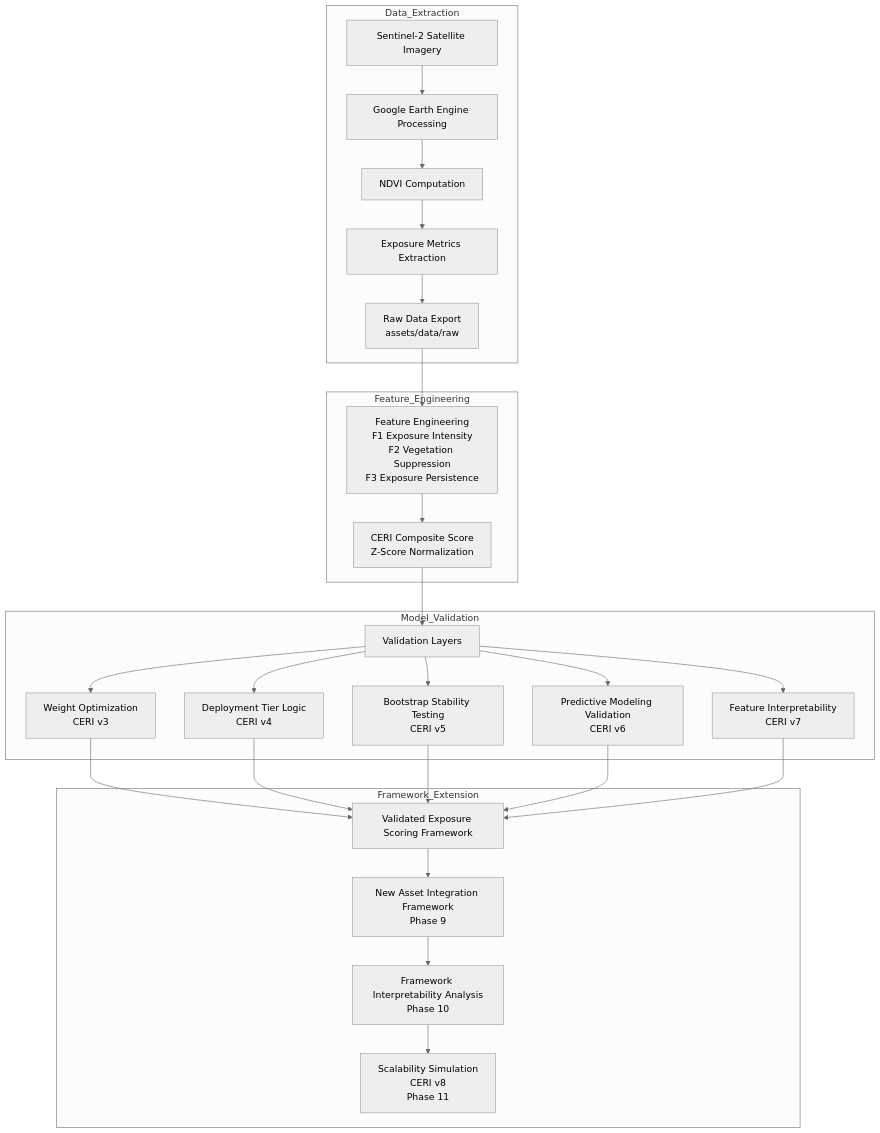
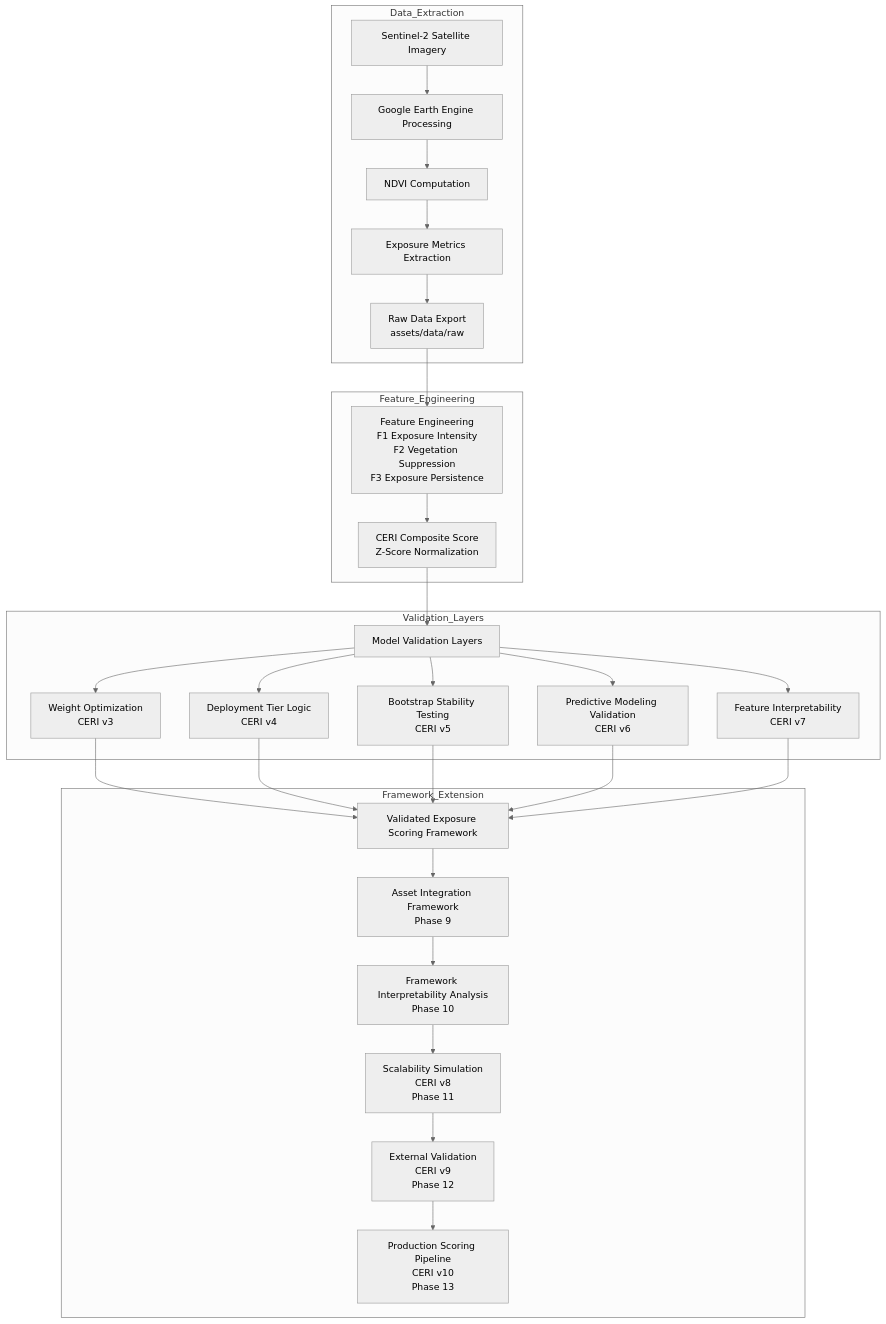
One commit to aniray2908/satellite-esg-risk-engine changed the diagram in README.md. Above: the diagram before and after it, drawn with Mermaid (neutral theme). The commit also changed other lines of this file, not shown here.

````diff
--- a/README.md
+++ b/README.md
@@ -42,52 +44,55 @@
 ```mermaid
 flowchart TD
 
 subgraph Data_Extraction
 A[Sentinel-2 Satellite Imagery]
 B[Google Earth Engine Processing]
 C[NDVI Computation]
 D[Exposure Metrics Extraction]
 E[Raw Data Export<br>assets/data/raw]
 
 A --> B --> C --> D --> E
 end
 
 subgraph Feature_Engineering
 F[Feature Engineering<br>F1 Exposure Intensity<br>F2 Vegetation Suppression<br>F3 Exposure Persistence]
 G[CERI Composite Score<br>Z-Score Normalization]
 
 E --> F --> G
 end
 
-subgraph Model_Validation
-H[Validation Layers]
+subgraph Validation_Layers
+H[Model Validation Layers]
 
 I[Weight Optimization<br>CERI v3]
 J[Deployment Tier Logic<br>CERI v4]
 K[Bootstrap Stability Testing<br>CERI v5]
 L[Predictive Modeling Validation<br>CERI v6]
 M[Feature Interpretability<br>CERI v7]
 
 G --> H
 H --> I
 H --> J
 H --> K
 H --> L
 H --> M
 end
 
 subgraph Framework_Extension
 N[Validated Exposure Scoring Framework]
-O[New Asset Integration Framework<br>Phase 9]
+
+O[Asset Integration Framework<br>Phase 9]
 P[Framework Interpretability Analysis<br>Phase 10]
 Q[Scalability Simulation<br>CERI v8<br>Phase 11]
+R[External Validation<br>CERI v9<br>Phase 12]
+S[Production Scoring Pipeline<br>CERI v10<br>Phase 13]
 
 I --> N
 J --> N
 K --> N
 L --> N
 M --> N
 
-N --> O --> P --> Q
+N --> O --> P --> Q --> R --> S
 end
 ```
````
